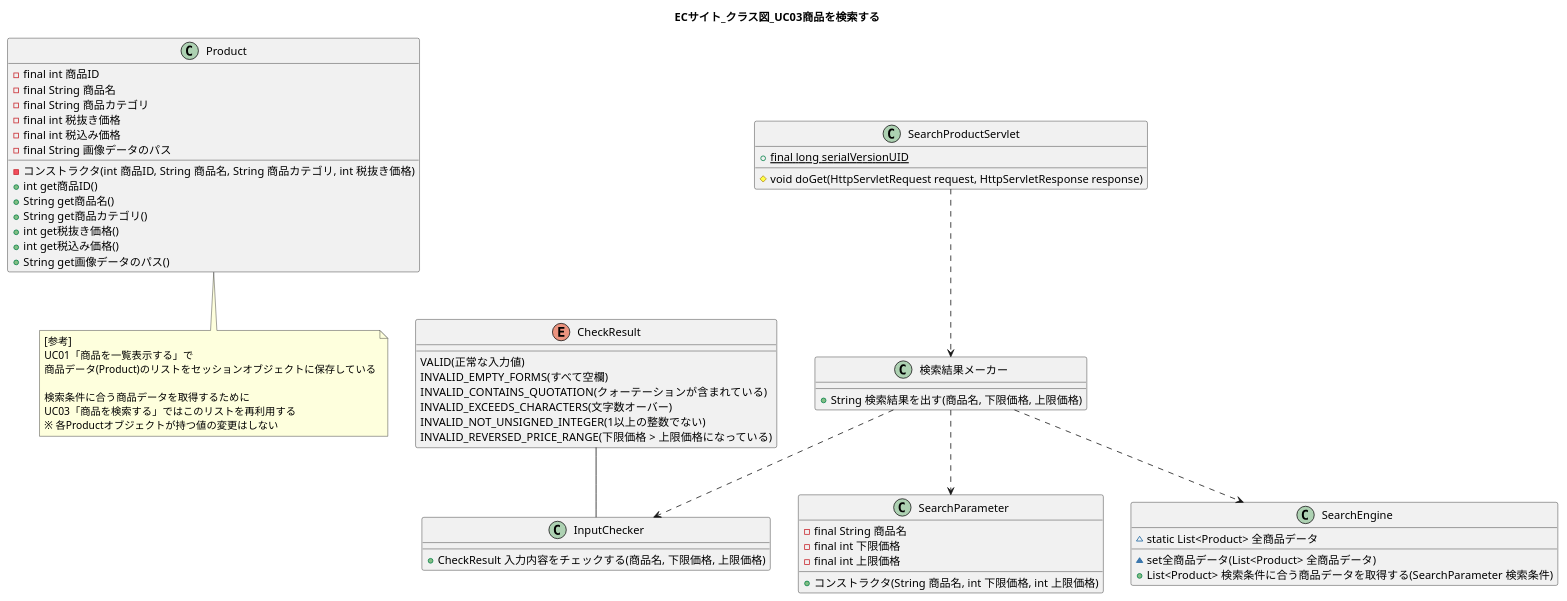
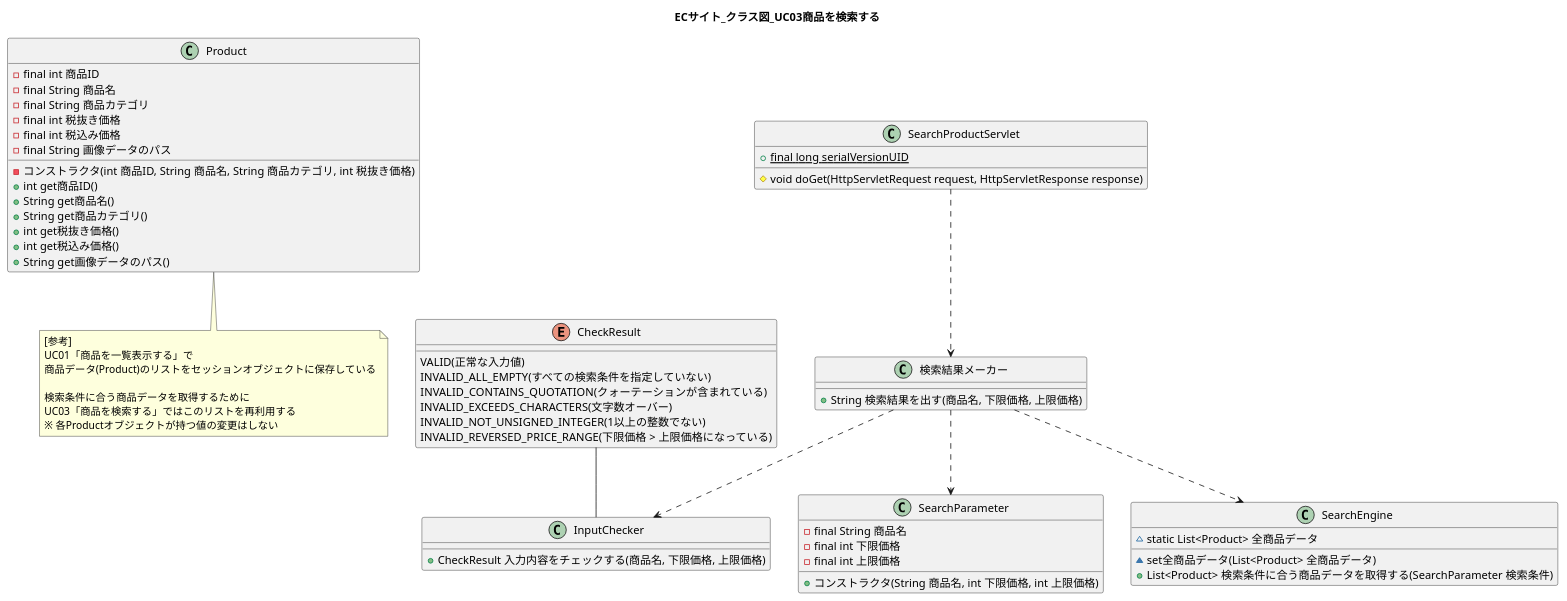
Before and after one commit to wnakayama/ojt_ecsite: the diagram in UML/ClassDiag03.puml, drawn with PlantUML. The commit also changed 3 other files, not shown here.

```diff
--- a/UML/ClassDiag03.puml
+++ b/UML/ClassDiag03.puml
@@ -1,70 +1,70 @@
 @startuml
 title ECサイト_クラス図_UC03商品を検索する
 
 class Product {
     -final int 商品ID
     -final String 商品名
     -final String 商品カテゴリ
     -final int 税抜き価格
     -final int 税込み価格
     -final String 画像データのパス
     -コンストラクタ(int 商品ID, String 商品名, String 商品カテゴリ, int 税抜き価格)
     +int get商品ID()
     +String get商品名()
     +String get商品カテゴリ()
     +int get税抜き価格()
     +int get税込み価格()
     +String get画像データのパス()
 }
 
 note bottom of Product
 [参考]
 UC01「商品を一覧表示する」で
 商品データ(Product)のリストをセッションオブジェクトに保存している
 
 検索条件に合う商品データを取得するために
 UC03「商品を検索する」ではこのリストを再利用する
 ※ 各Productオブジェクトが持つ値の変更はしない
 end note
 
 class SearchProductServlet {
     +{static} final long serialVersionUID
     #void doGet(HttpServletRequest request, HttpServletResponse response)
 }
 
 SearchProductServlet ..> 検索結果メーカー
 class 検索結果メーカー {
     +String 検索結果を出す(商品名, 下限価格, 上限価格)
 }
 
 CheckResult -- InputChecker
 enum CheckResult {
     VALID(正常な入力値)
-    INVALID_EMPTY_FORMS(すべて空欄)
+    INVALID_ALL_EMPTY(すべての検索条件を指定していない)
     INVALID_CONTAINS_QUOTATION(クォーテーションが含まれている)
     INVALID_EXCEEDS_CHARACTERS(文字数オーバー)
     INVALID_NOT_UNSIGNED_INTEGER(1以上の整数でない)
     INVALID_REVERSED_PRICE_RANGE(下限価格 > 上限価格になっている)
 }
 
 検索結果メーカー ..> InputChecker
 class InputChecker {
     +CheckResult 入力内容をチェックする(商品名, 下限価格, 上限価格)
 }
 
 検索結果メーカー ..> SearchParameter
 class SearchParameter {
     -final String 商品名
     -final int 下限価格
     -final int 上限価格
     +コンストラクタ(String 商品名, int 下限価格, int 上限価格)
 }
 
 検索結果メーカー ..> SearchEngine
 class SearchEngine {
     ~static List<Product> 全商品データ
     ~set全商品データ(List<Product> 全商品データ)
     +List<Product> 検索条件に合う商品データを取得する(SearchParameter 検索条件)
 }
 
 @enduml
```
